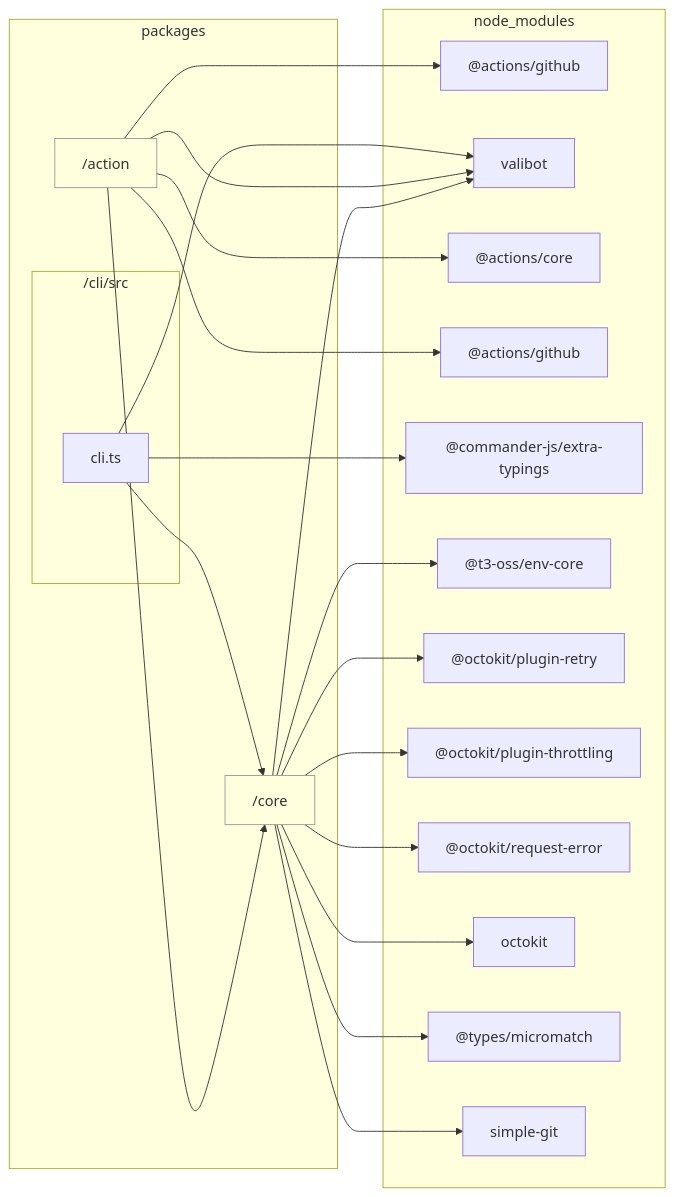
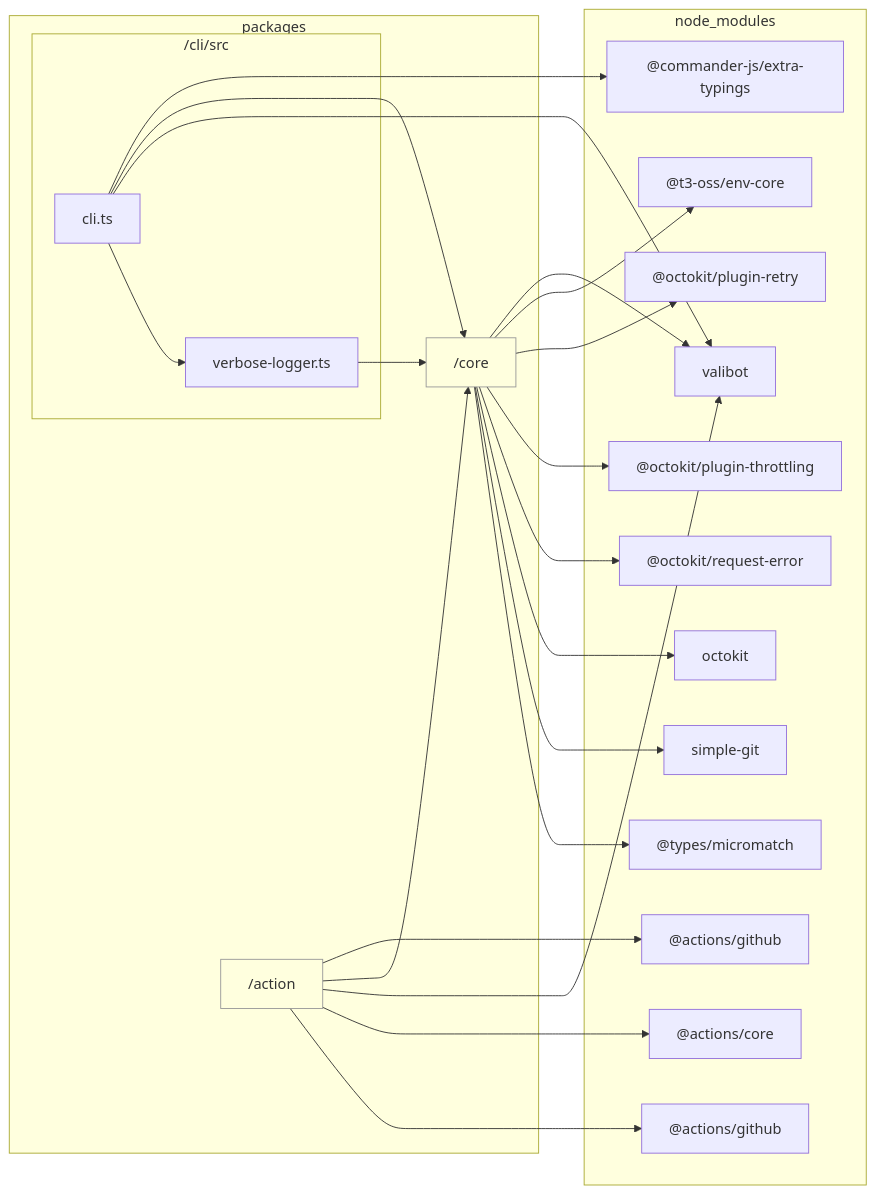
Before and after one commit to sugurutakahashi-1234/issue-linker: the diagram in docs/reports/dependencies/cli.md, drawn with Mermaid. The commit also changed 23 other files, not shown here.

````diff
--- a/docs/reports/dependencies/cli.md
+++ b/docs/reports/dependencies/cli.md
@@ -7,41 +7,44 @@
 ```mermaid
 flowchart LR
     classDef dir fill:#0000,stroke:#999
     subgraph packages["packages"]
         packages/action["/action"]:::dir
         packages/core["/core"]:::dir
         subgraph packages/cli/src["/cli/src"]
+            packages/cli/src/verbose//logger.ts["verbose-logger.ts"]
             packages/cli/src/cli.ts["cli.ts"]
         end
     end
     subgraph node//modules["node_modules"]
         node//modules///actions/github/lib/context.d.ts["@actions/github"]
         node//modules/valibot/dist/index.d.cts["valibot"]
         node//modules///actions/core/lib/core.d.ts["@actions/core"]
         node//modules///actions/github/lib/github.d.ts["@actions/github"]
         node//modules///commander//js/extra//typings/index.d.ts["@commander-js/extra-typings"]
         node//modules///t3//oss/env//core/dist/index.d.ts["@t3-oss/env-core"]
         node//modules///octokit/plugin//retry/dist//types/index.d.ts["@octokit/plugin-retry"]
         node//modules///octokit/plugin//throttling/dist//types/index.d.ts["@octokit/plugin-throttling"]
         node//modules///octokit/request//error/dist//types/index.d.ts["@octokit/request-error"]
         node//modules/octokit/dist//types/index.d.ts["octokit"]
+        node//modules/simple//git/dist/typings/index.d.ts["simple-git"]
         node//modules///types/micromatch/index.d.ts["@types/micromatch"]
-        node//modules/simple//git/dist/typings/index.d.ts["simple-git"]
     end
     packages/action-->node//modules///actions/github/lib/context.d.ts
     packages/core-->node//modules/valibot/dist/index.d.cts
     packages/action-->packages/core
     packages/action-->node//modules/valibot/dist/index.d.cts
     packages/action-->node//modules///actions/core/lib/core.d.ts
     packages/action-->node//modules///actions/github/lib/github.d.ts
+    packages/cli/src/verbose//logger.ts-->packages/core
     packages/cli/src/cli.ts-->node//modules///commander//js/extra//typings/index.d.ts
     packages/cli/src/cli.ts-->packages/core
     packages/cli/src/cli.ts-->node//modules/valibot/dist/index.d.cts
+    packages/cli/src/cli.ts-->packages/cli/src/verbose//logger.ts
     packages/core-->node//modules///t3//oss/env//core/dist/index.d.ts
     packages/core-->node//modules///octokit/plugin//retry/dist//types/index.d.ts
     packages/core-->node//modules///octokit/plugin//throttling/dist//types/index.d.ts
     packages/core-->node//modules///octokit/request//error/dist//types/index.d.ts
     packages/core-->node//modules/octokit/dist//types/index.d.ts
+    packages/core-->node//modules/simple//git/dist/typings/index.d.ts
     packages/core-->node//modules///types/micromatch/index.d.ts
-    packages/core-->node//modules/simple//git/dist/typings/index.d.ts
 ```
````
